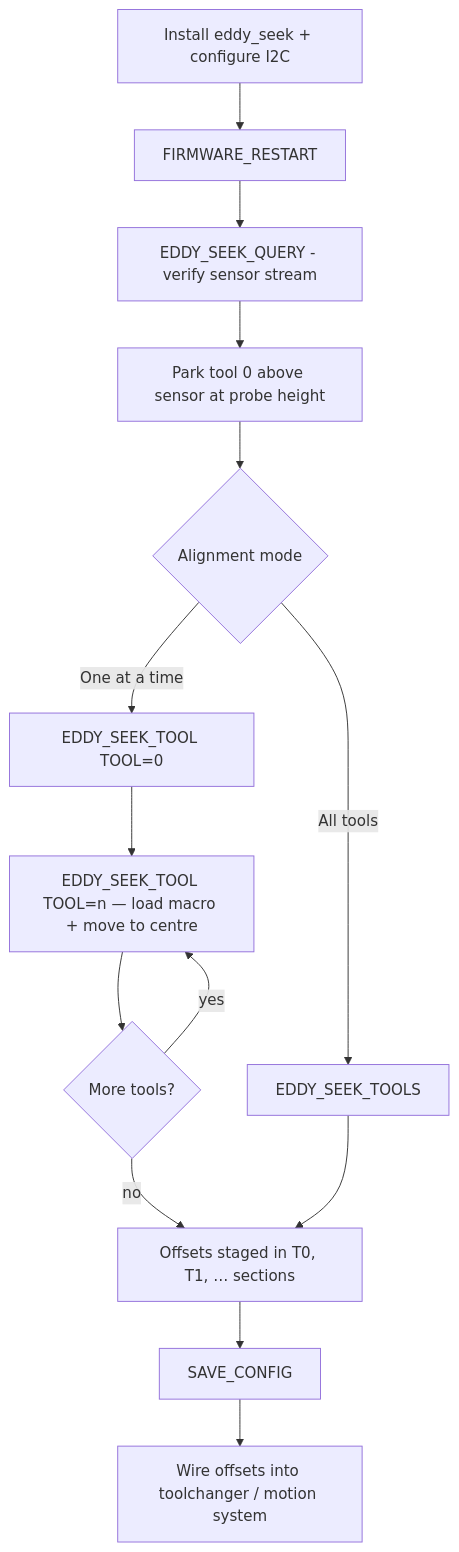
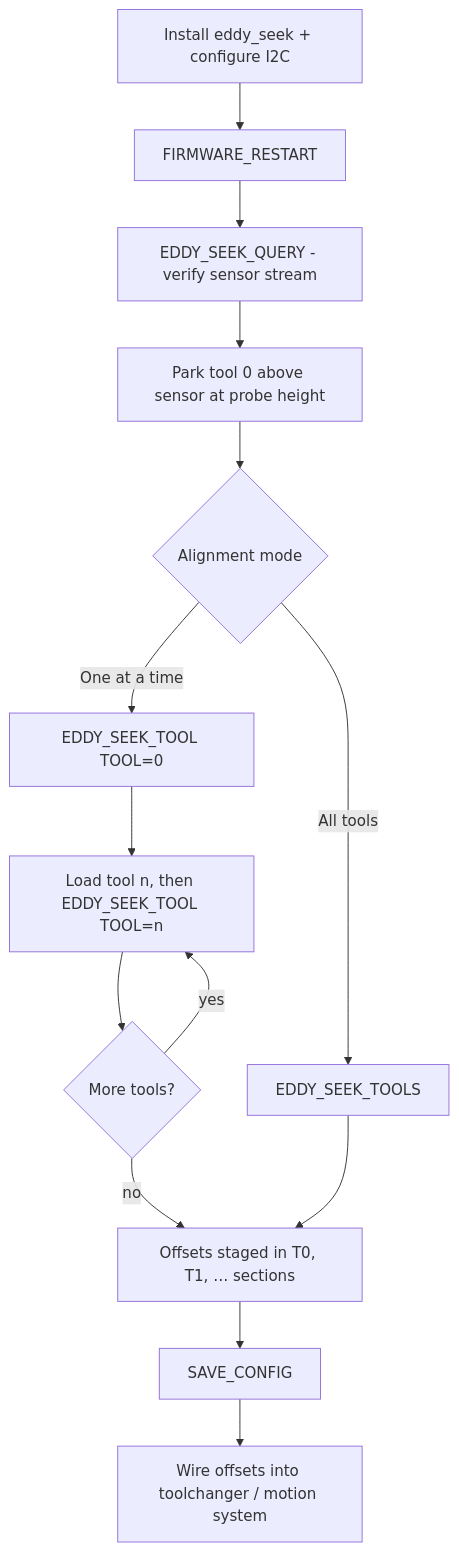
The first of 8 diagrams in docs/CALIBRATION_PROCESS.md (charliemayall/EddySeek), drawn with Mermaid before and after one commit. The commit also changed other lines of this file and 42 other files, not shown here.

````diff
--- a/docs/CALIBRATION_PROCESS.md
+++ b/docs/CALIBRATION_PROCESS.md
@@ -31,16 +31,16 @@
 ```mermaid
 flowchart TD
     A[Install eddy_seek + configure I2C] --> B[FIRMWARE_RESTART]
     B --> C[EDDY_SEEK_QUERY - verify sensor stream]
     C --> D[Park tool 0 above sensor at probe height]
     D --> E{Alignment mode}
     E -->|All tools| F[EDDY_SEEK_TOOLS]
     E -->|One at a time| G[EDDY_SEEK_TOOL TOOL=0]
-    G --> H[EDDY_SEEK_TOOL TOOL=n — load macro + move to centre]
+    G --> H[Load tool n, then EDDY_SEEK_TOOL TOOL=n]
     H --> MORE{More tools?}
     MORE -->|yes| H
     MORE -->|no| J[Offsets staged in T0, T1, … sections]
     F --> J
     J --> K[SAVE_CONFIG]
     K --> L[Wire offsets into toolchanger / motion system]
 ```
````
